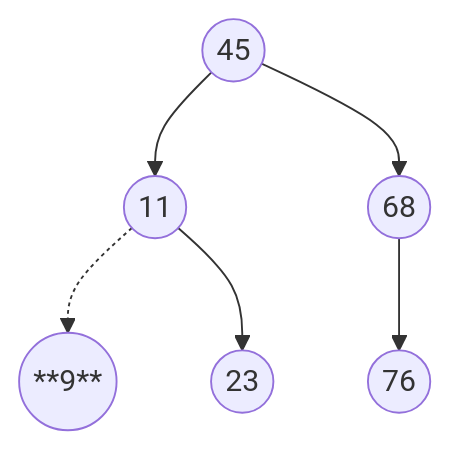
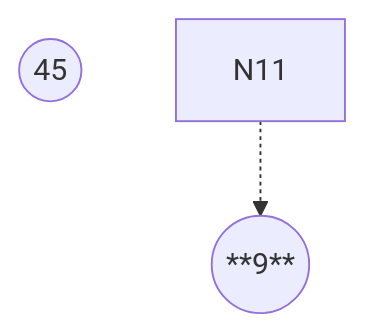
One commit to dmjcb/SelfBlog changed the ninth of 13 diagrams in DataStructures/Tree/BinaryTree/2019-02-13-二叉排序树.md. Above: the diagram before and after it, drawn with Mermaid. The commit also changed other lines of this file and 224 other files, not shown here.

````diff
--- a/DataStructures/Tree/BinaryTree/2019-02-13-二叉排序树.md
+++ b/DataStructures/Tree/BinaryTree/2019-02-13-二叉排序树.md
@@ -226,9 +185,5 @@
 ```mermaid
 graph TB
     N45((45))
-        N45 --> N11((11))
             N11 -.-> N9((**9**))
-            N11 --> N23((23))
-        N45 --> N68((68))
-            N68 --> N76((76))
 ```
````
